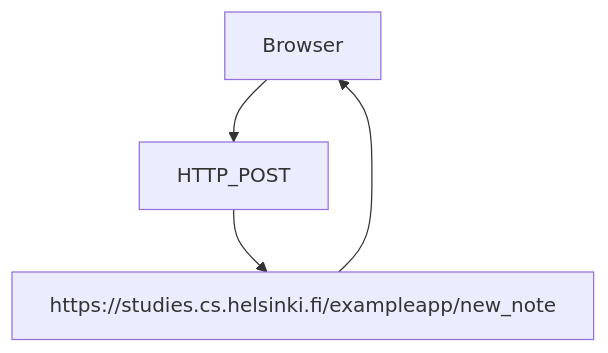
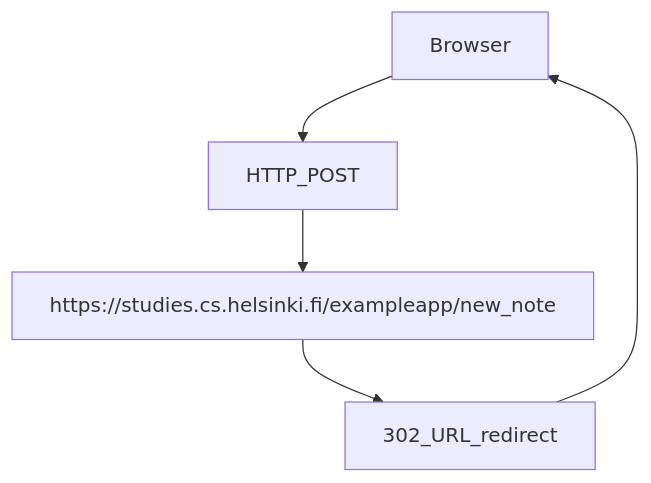
The diagram in Part0/0.4 - New note diagram/readme.md (TomppeliG6-8/fullstack), drawn with Mermaid before and after one commit.

````diff
--- a/Part0/0.4 - New note diagram/readme.md
+++ b/Part0/0.4 - New note diagram/readme.md
@@ -1,5 +1,5 @@
 ```mermaid
 graph TD;
     Browser-->HTTP_POST-->https://studies.cs.helsinki.fi/exampleapp/new_note;
-    https://studies.cs.helsinki.fi/exampleapp/new_note-->Browser;
+    https://studies.cs.helsinki.fi/exampleapp/new_note-->302_URL_redirect-->Browser;
 ```
````
